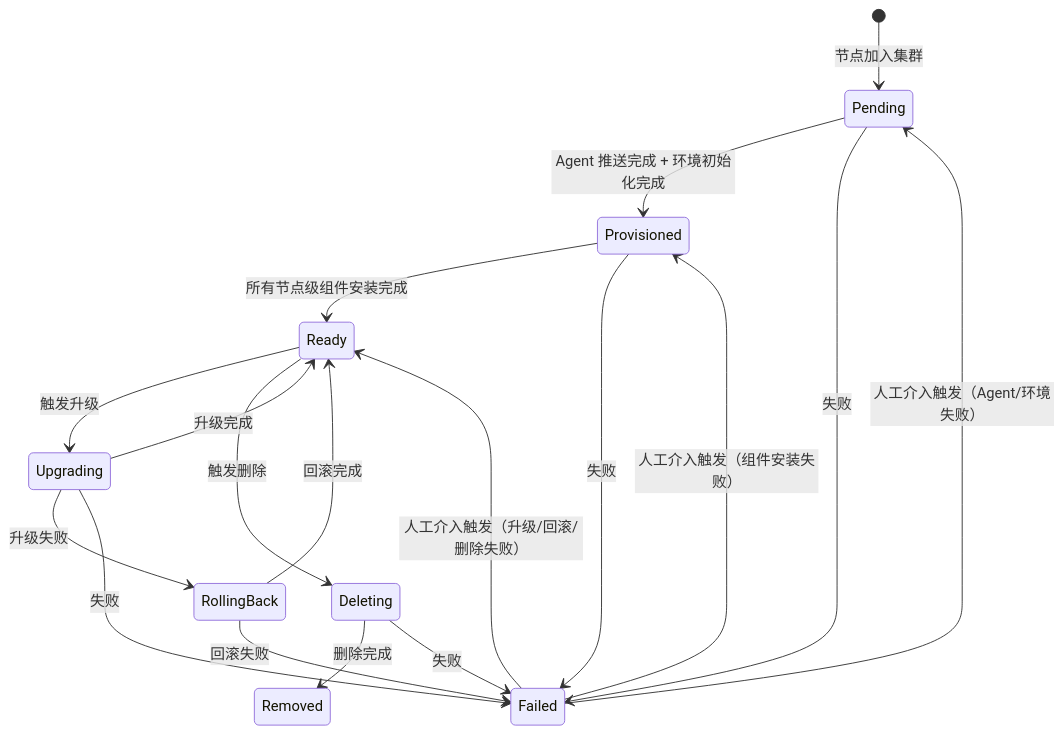
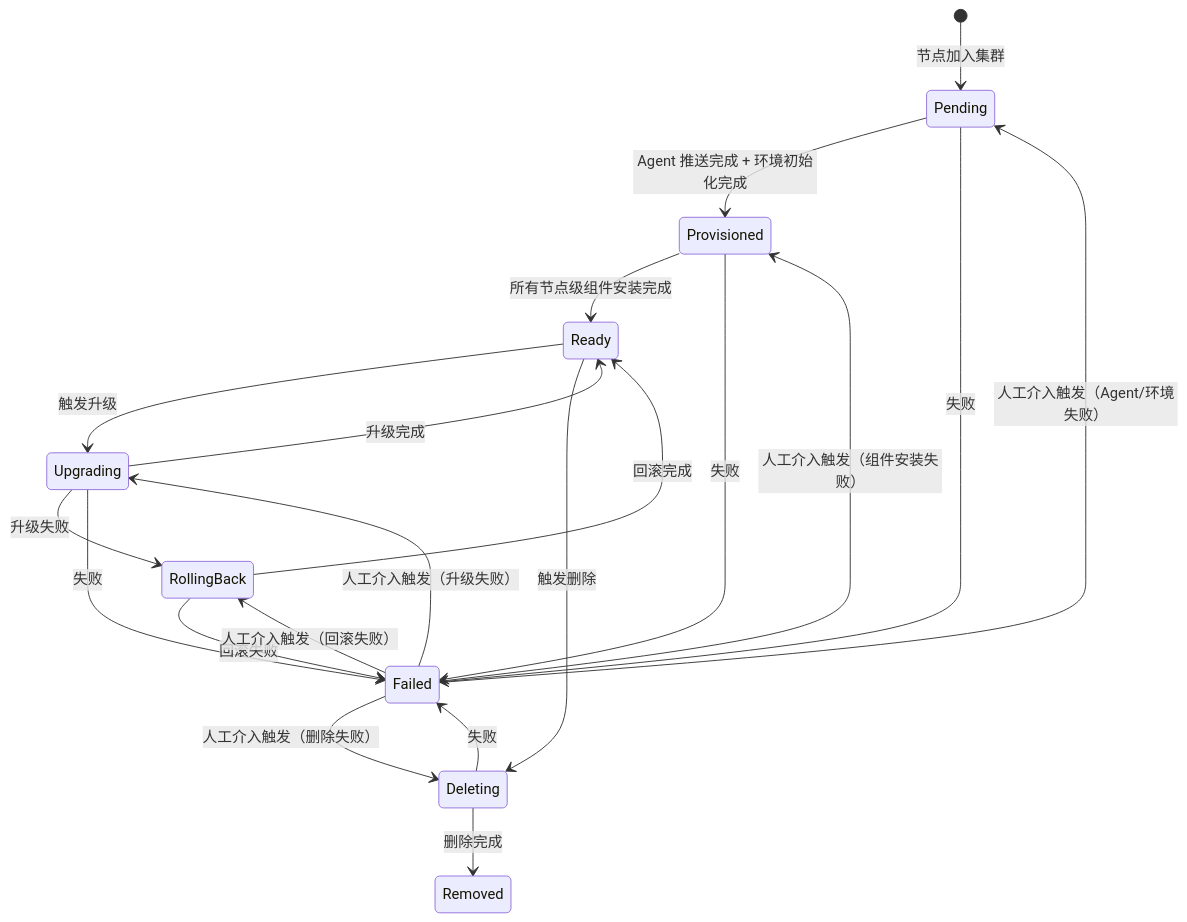
The second of 3 diagrams in code/kep/kep6/kep6-state-machine-v3.md (javadoors/cluster-api-provider-bke), drawn with Mermaid before and after one commit. The commit also changed other lines of this file, not shown here.

First line of the commit message:
docs: unify Failed recovery mechanism for node layer

````diff
--- a/code/kep/kep6/kep6-state-machine-v3.md
+++ b/code/kep/kep6/kep6-state-machine-v3.md
@@ -640,27 +640,29 @@
 ```mermaid
 stateDiagram-v2
     [*] --> Pending : 节点加入集群
     
     Pending --> Provisioned : Agent 推送完成 + 环境初始化完成
     Pending --> Failed : 失败
     
     Provisioned --> Ready : 所有节点级组件安装完成
     Provisioned --> Failed : 失败
     
     Ready --> Upgrading : 触发升级
     Ready --> Deleting : 触发删除
     
     Upgrading --> Ready : 升级完成
     Upgrading --> RollingBack : 升级失败
     Upgrading --> Failed : 失败
     
     RollingBack --> Ready : 回滚完成
     RollingBack --> Failed : 回滚失败
     
     Deleting --> Removed : 删除完成
     Deleting --> Failed : 失败
     
     Failed --> Pending : 人工介入触发（Agent/环境失败）
     Failed --> Provisioned : 人工介入触发（组件安装失败）
-    Failed --> Ready : 人工介入触发（升级/回滚/删除失败）
+    Failed --> Upgrading : 人工介入触发（升级失败）
+    Failed --> RollingBack : 人工介入触发（回滚失败）
+    Failed --> Deleting : 人工介入触发（删除失败）
 ```
````
